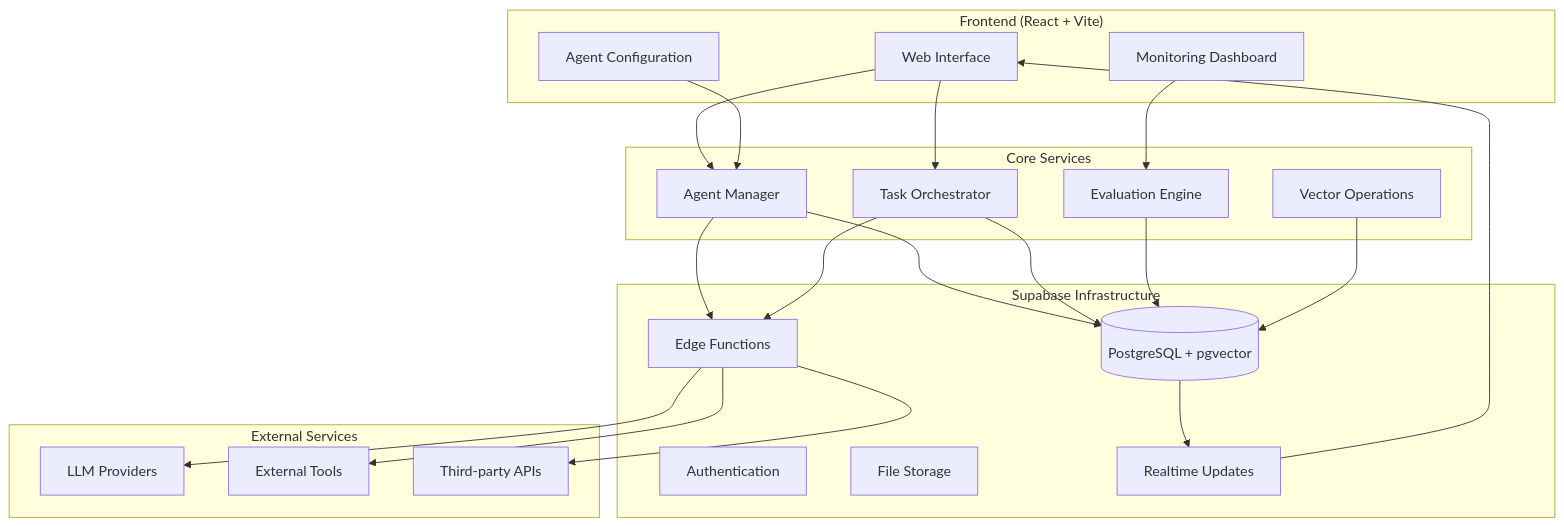
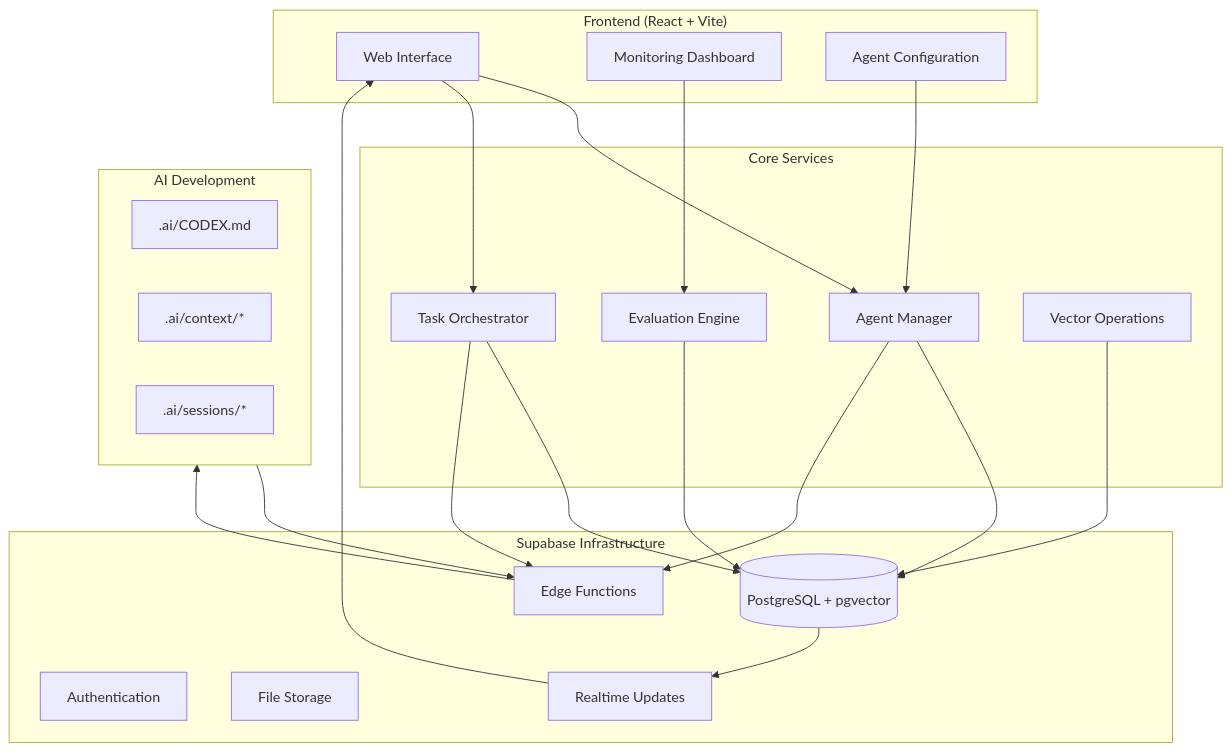
The first of 4 diagrams in README.md (envisean/squad), drawn with Mermaid before and after one commit. The commit also changed other lines of this file and 17 other files, not shown here.

````diff
--- a/README.md
+++ b/README.md
@@ -45,48 +45,47 @@
 ```mermaid
 graph TB
     subgraph Frontend["Frontend (React + Vite)"]
         UI[Web Interface]
         Monitoring[Monitoring Dashboard]
         Config[Agent Configuration]
     end
 
     subgraph Core["Core Services"]
         AgentMgr[Agent Manager]
         TaskOrch[Task Orchestrator]
         Eval[Evaluation Engine]
         VectorOps[Vector Operations]
     end
 
     subgraph Supabase["Supabase Infrastructure"]
         DB[(PostgreSQL + pgvector)]
         Auth[Authentication]
         Edge[Edge Functions]
         Storage[File Storage]
         Realtime[Realtime Updates]
     end
 
-    subgraph External["External Services"]
-        LLM[LLM Providers]
-        Tools[External Tools]
-        APIs[Third-party APIs]
+    subgraph AI["AI Development"]
+        Codex[.ai/CODEX.md]
+        Patterns[.ai/context/*]
+        Sessions[.ai/sessions/*]
     end
 
     UI --> AgentMgr
     UI --> TaskOrch
     Monitoring --> Eval
     Config --> AgentMgr
 
     AgentMgr --> DB
     TaskOrch --> DB
     Eval --> DB
     VectorOps --> DB
 
     AgentMgr --> Edge
     TaskOrch --> Edge
     
-    Edge --> LLM
-    Edge --> Tools
-    Edge --> APIs
+    Edge --> AI
+    AI --> Edge
 
     DB --> Realtime --> UI
 ```
````
